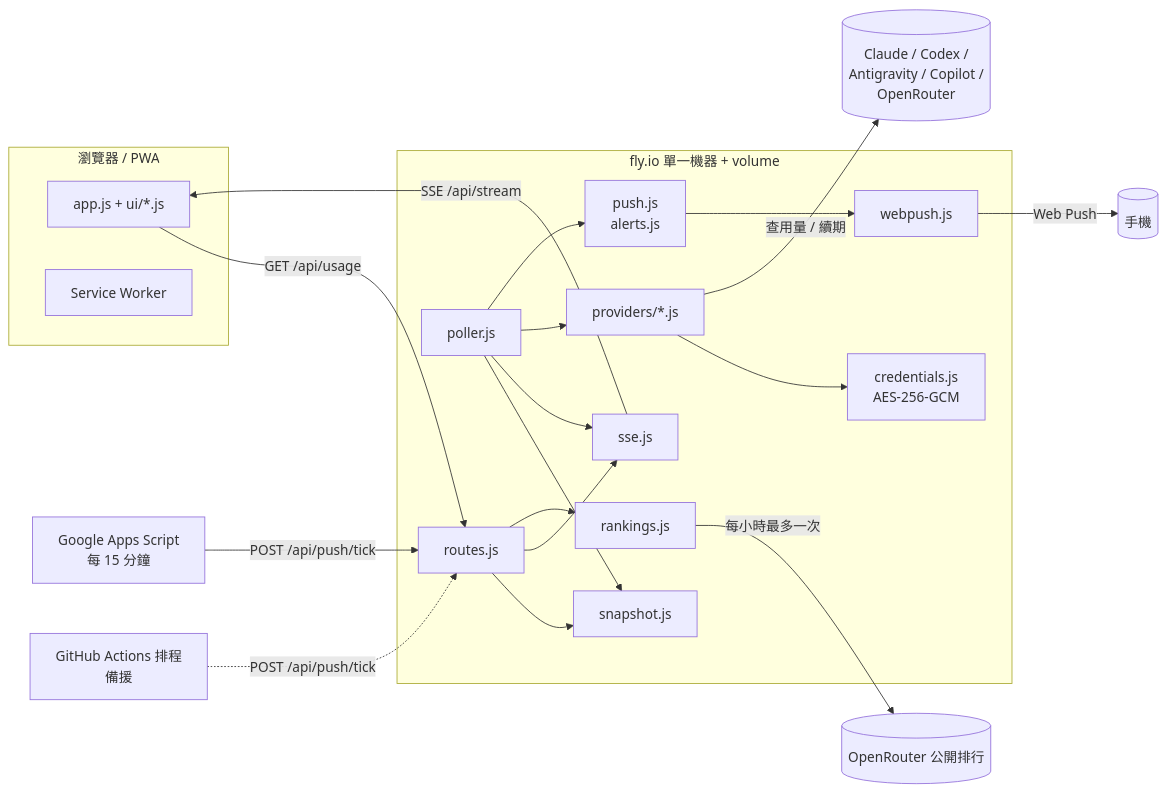
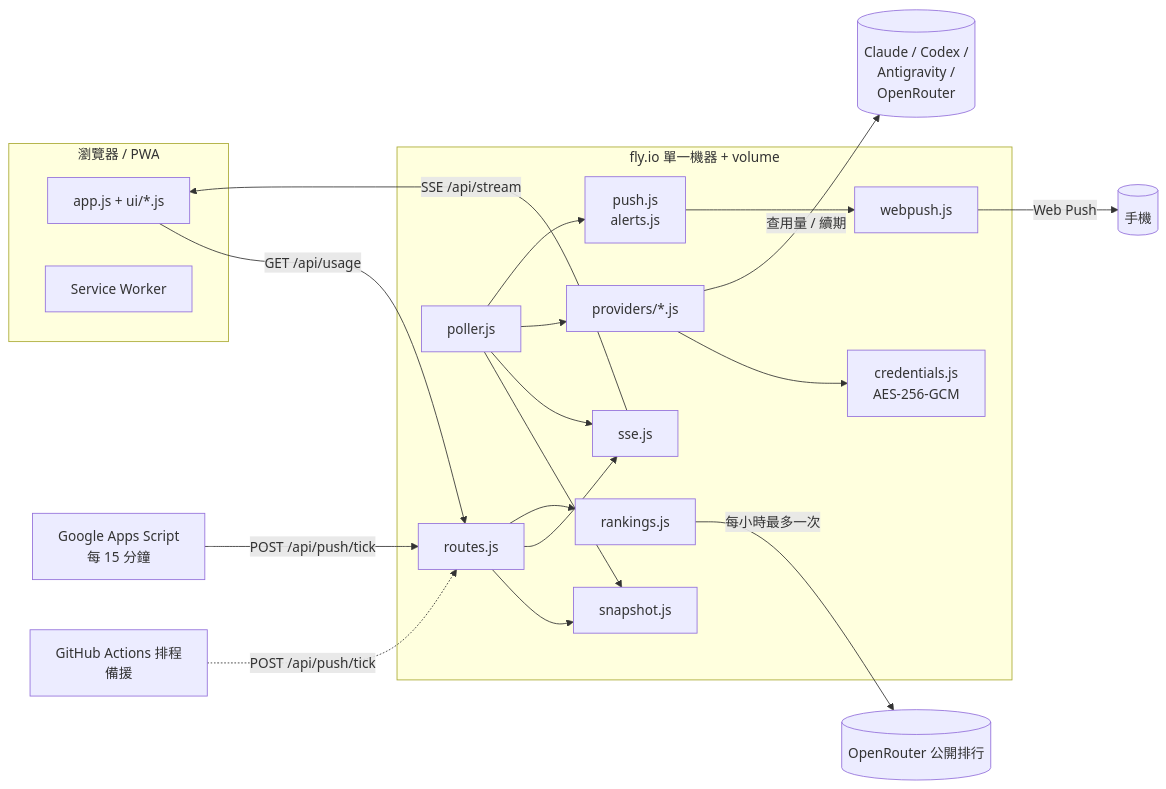
Before and after one commit to Teng91/ai-usageweb: the diagram in docs/TECHNICAL.md, drawn with Mermaid. The commit also changed other lines of this file and 20 other files, not shown here.

````diff
--- a/docs/TECHNICAL.md
+++ b/docs/TECHNICAL.md
@@ -51,25 +51,25 @@
 ```mermaid
 flowchart LR
   subgraph Browser[瀏覽器 / PWA]
     UI[app.js + ui/*.js]
     SW[Service Worker]
   end
   subgraph Fly[fly.io 單一機器 + volume]
     R[routes.js] --> S[snapshot.js]
     R --> H[sse.js]
     P[poller.js] --> S
     P --> H
     P --> AD[providers/*.js]
     AD --> C[credentials.js<br/>AES-256-GCM]
     R --> RK[rankings.js]
     P --> PS[push.js<br/>alerts.js]
     PS --> WP[webpush.js]
   end
   GAS[Google Apps Script<br/>每 15 分鐘] -- POST /api/push/tick --> R
   GH[GitHub Actions 排程<br/>備援] -. POST /api/push/tick .-> R
   WP -- Web Push --> PHONE[(手機)]
   UI -- GET /api/usage --> R
   H -- SSE /api/stream --> UI
-  AD -- 查用量 / 續期 --> EXT[(Claude / Codex /<br/>Antigravity / Copilot /<br/>OpenRouter)]
+  AD -- 查用量 / 續期 --> EXT[(Claude / Codex /<br/>Antigravity /<br/>OpenRouter)]
   RK -- 每小時最多一次 --> OR[(OpenRouter 公開排行)]
 ```
````
